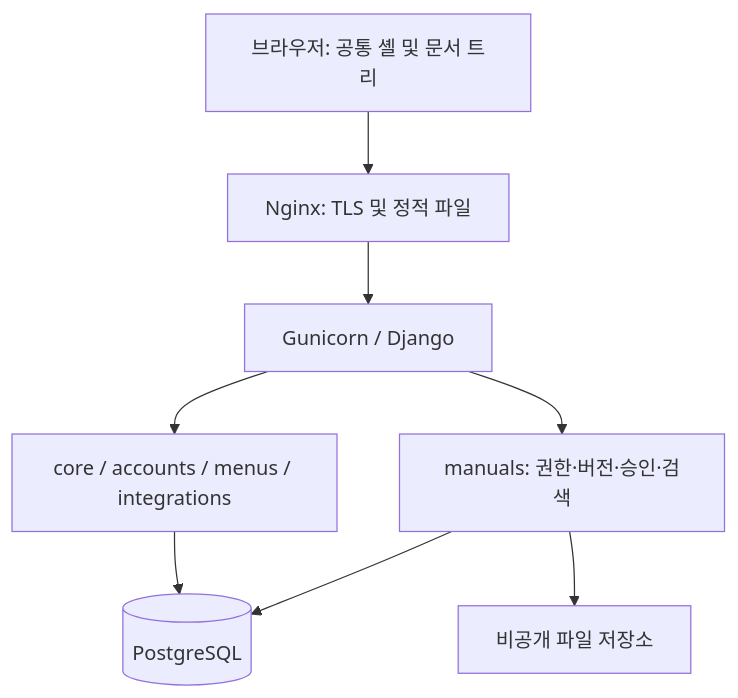
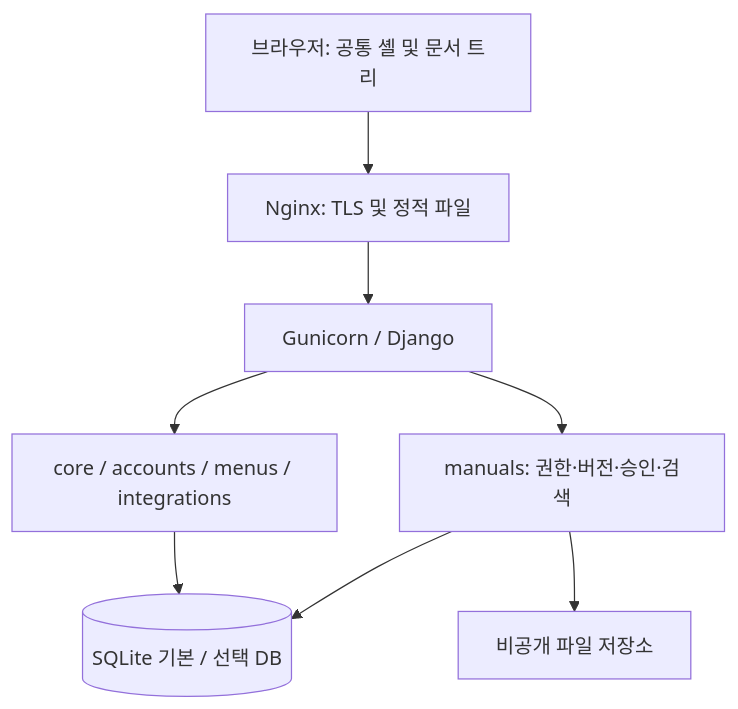
Before and after one commit to mycodehive/ManualBook: the diagram in docs/planning/02_system_architecture.md, drawn with Mermaid. The commit also changed other lines of this file and 18 other files, not shown here.

Commit message:
Default to SQLite and make PostgreSQL and MariaDB optional

````diff
--- a/docs/planning/02_system_architecture.md
+++ b/docs/planning/02_system_architecture.md
@@ -6,10 +6,10 @@
 ```mermaid
 flowchart TD
   Browser["브라우저: 공통 셸 및 문서 트리"] --> Proxy["Nginx: TLS 및 정적 파일"]
   Proxy --> App["Gunicorn / Django"]
   App --> Shell["core / accounts / menus / integrations"]
   App --> Domain["manuals: 권한·버전·승인·검색"]
-  Shell --> DB[(PostgreSQL)]
+  Shell --> DB[("SQLite 기본 / 선택 DB")]
   Domain --> DB
   Domain --> Files["비공개 파일 저장소"]
 ```
````
